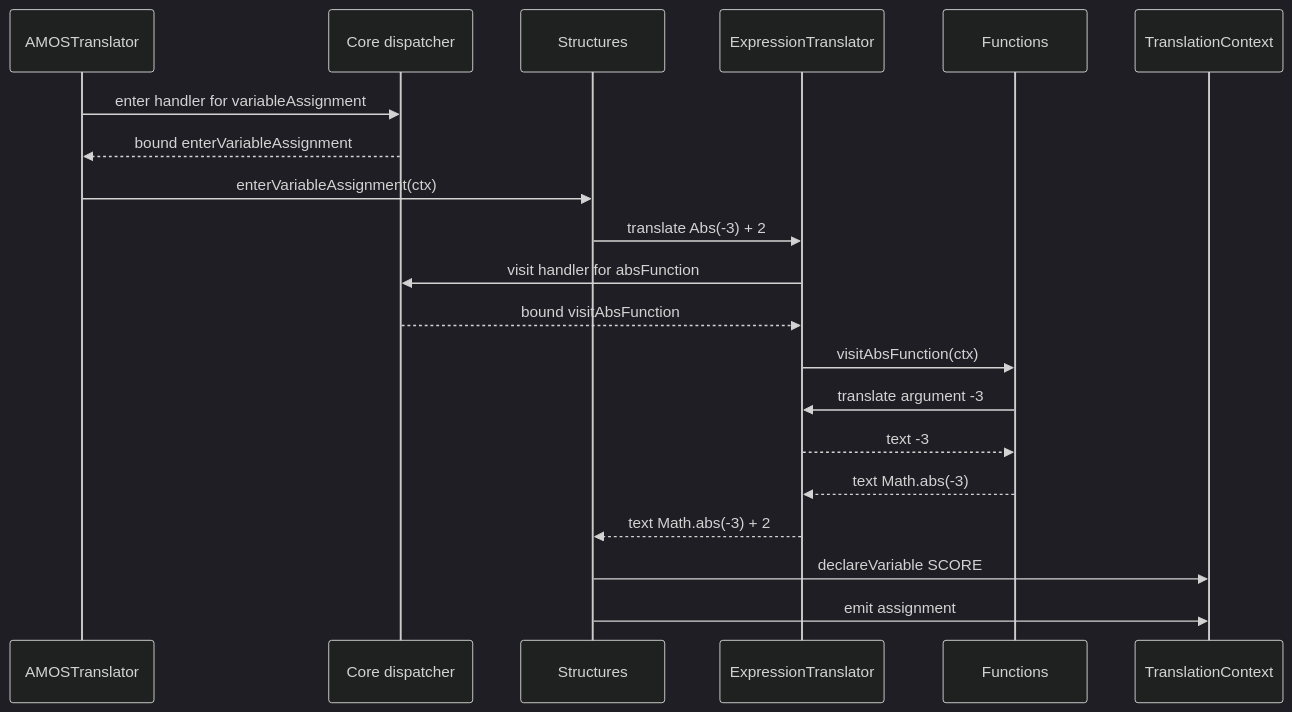
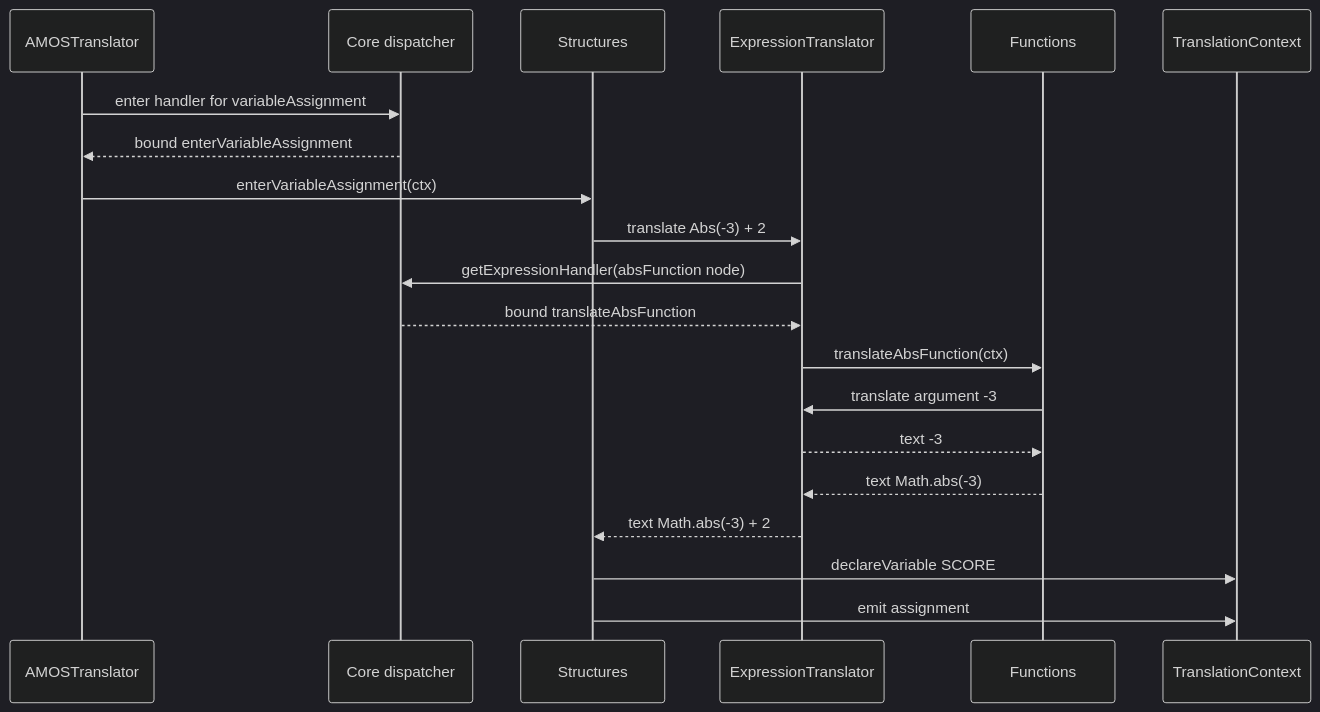
Before and after one commit to ptidejteam/reanimate-CRVJA-backend: the third of 3 diagrams in docs/TRANSPILER.md, drawn with Mermaid (dark theme). The commit also changed other lines of this file and 17 other files, not shown here.

````diff
--- a/docs/TRANSPILER.md
+++ b/docs/TRANSPILER.md
@@ -291,22 +318,22 @@
 ```mermaid
 sequenceDiagram
     participant L as AMOSTranslator
     participant D as Core dispatcher
     participant S as Structures
     participant E as ExpressionTranslator
     participant F as Functions
     participant C as TranslationContext
     L->>D: enter handler for variableAssignment
     D-->>L: bound enterVariableAssignment
     L->>S: enterVariableAssignment(ctx)
     S->>E: translate Abs(-3) + 2
-    E->>D: visit handler for absFunction
-    D-->>E: bound visitAbsFunction
-    E->>F: visitAbsFunction(ctx)
+    E->>D: getExpressionHandler(absFunction node)
+    D-->>E: bound translateAbsFunction
+    E->>F: translateAbsFunction(ctx)
     F->>E: translate argument -3
     E-->>F: text -3
     F-->>E: text Math.abs(-3)
     E-->>S: text Math.abs(-3) + 2
     S->>C: declareVariable SCORE
     S->>C: emit assignment
 ```
````
